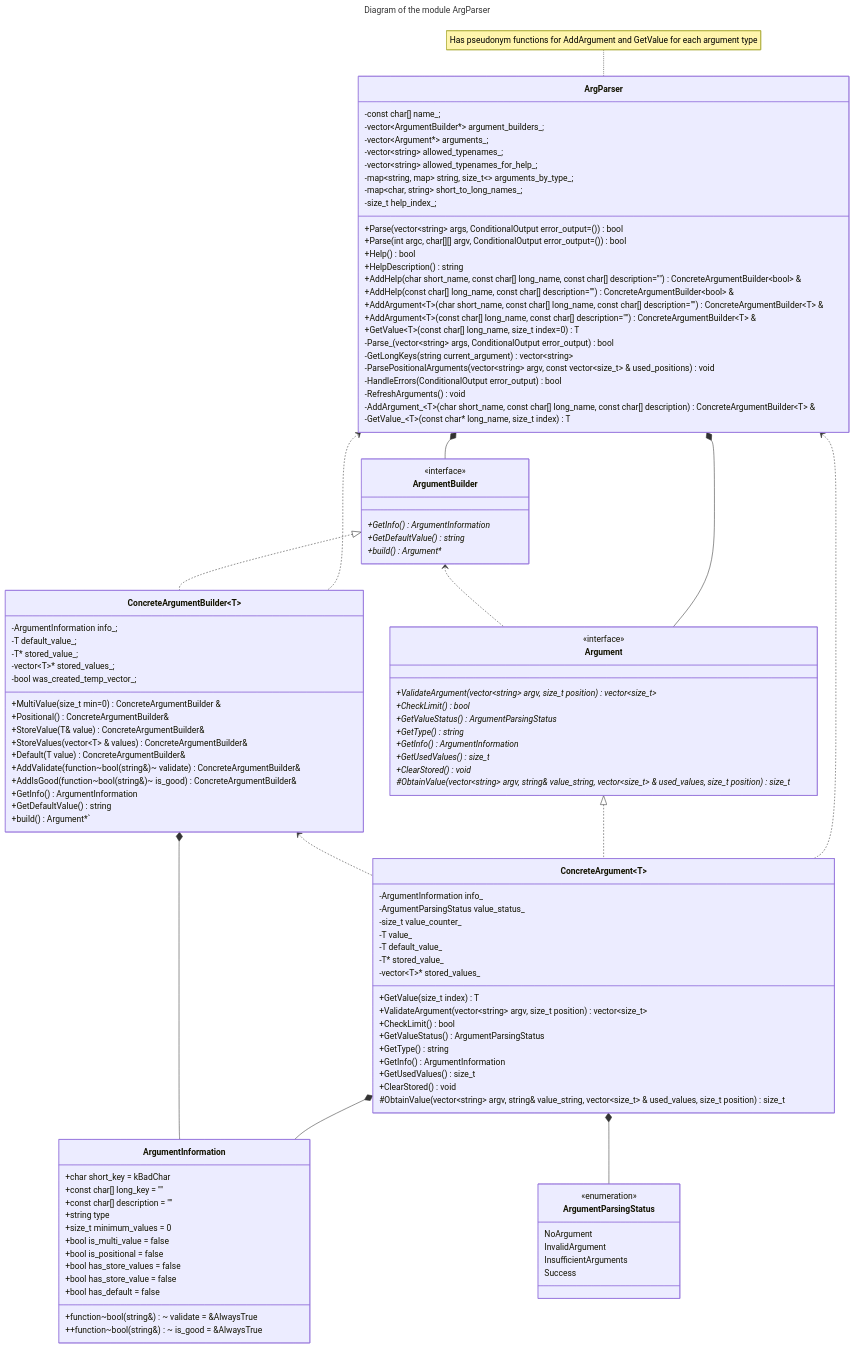
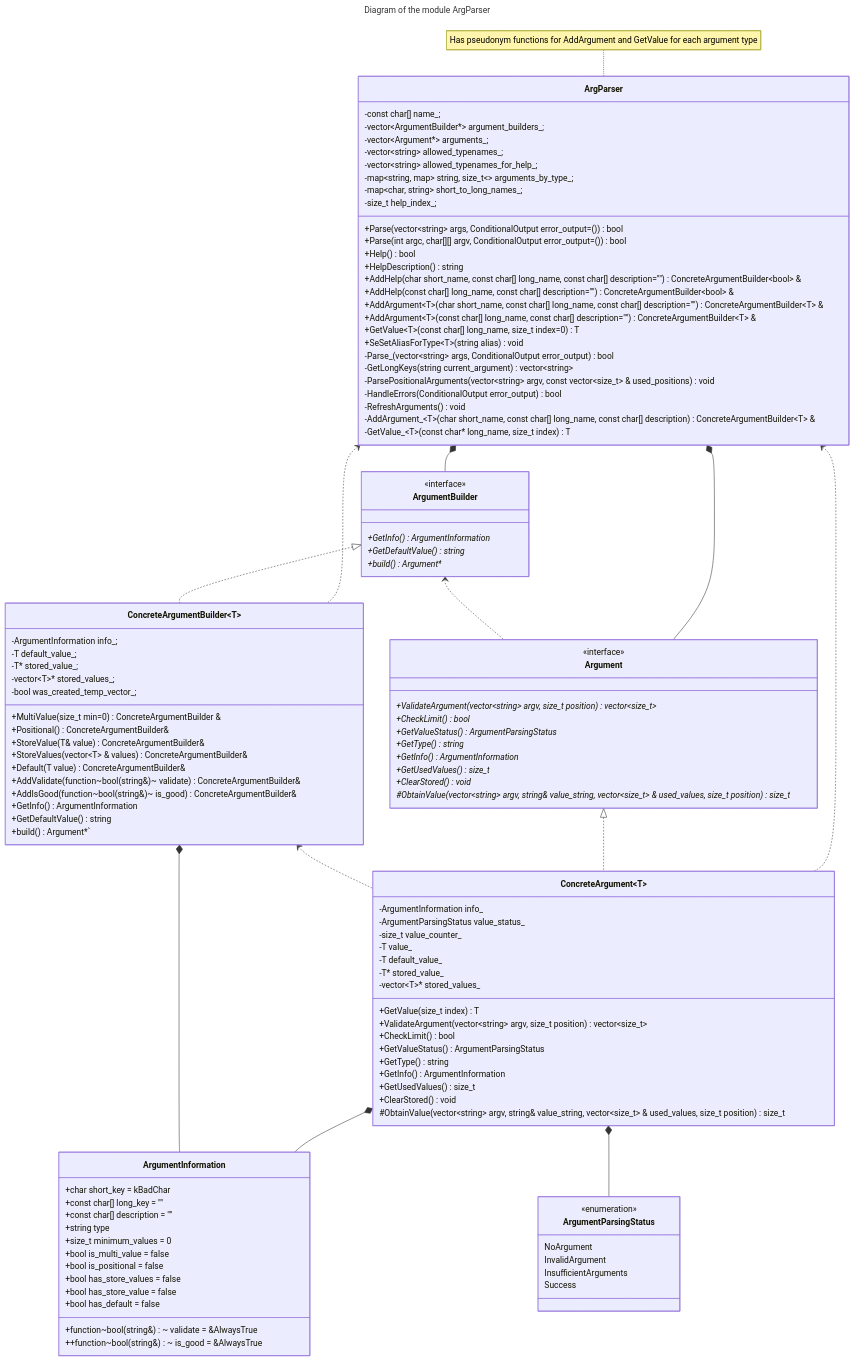
One commit to bialger/ArgParser changed the second of 2 diagrams in lib/argparser/docs/dev/architecture.md. Above: the diagram before and after it, drawn with Mermaid. The commit also changed 2 other files, not shown here.

```diff
--- a/lib/argparser/docs/dev/architecture.md
+++ b/lib/argparser/docs/dev/architecture.md
@@ -57,6 +57,7 @@
         +AddArgument~T~(char short_name, const char[] long_name, const char[] description="") ConcreteArgumentBuilder~T~ &
         +AddArgument~T~(const char[] long_name, const char[] description="") ConcreteArgumentBuilder~T~ &
         +GetValue~T~(const char[] long_name, size_t index=0) T
+        +SeSetAliasForType~T~(string alias) void
         -Parse_(vector~string~ args, ConditionalOutput error_output) bool
         -GetLongKeys(string current_argument) vector~string~
         -ParsePositionalArguments(vector~string~ argv, const vector~size_t~ & used_positions) void
```
